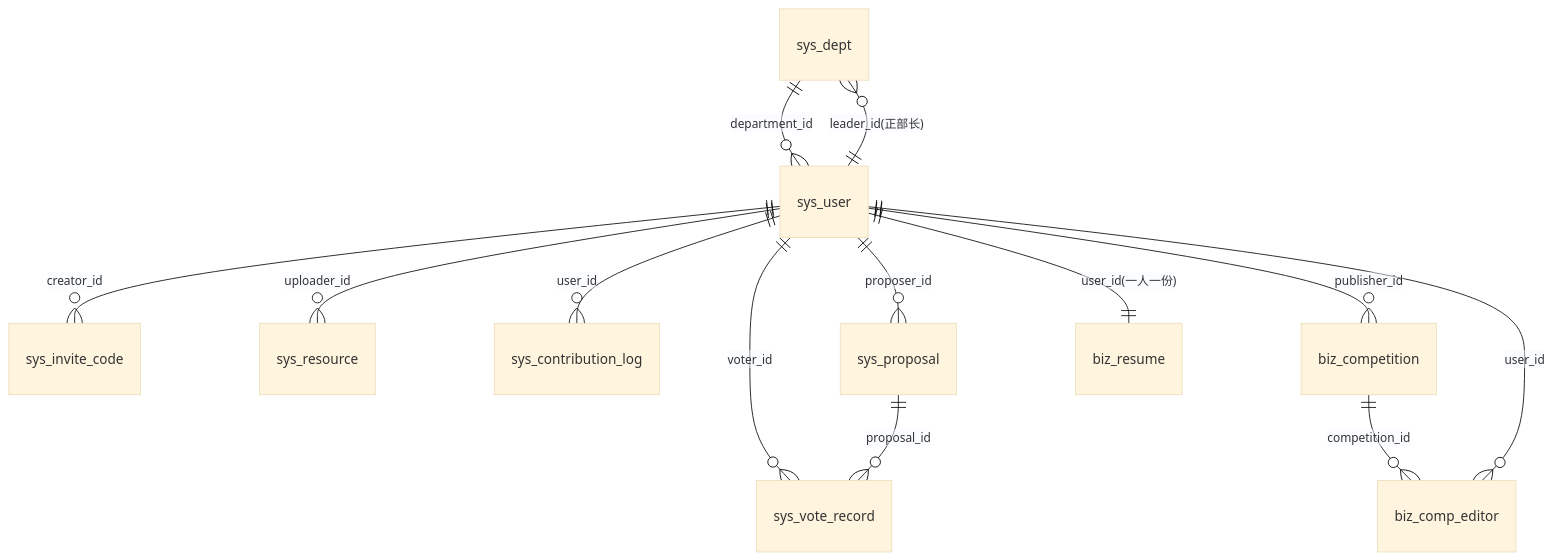
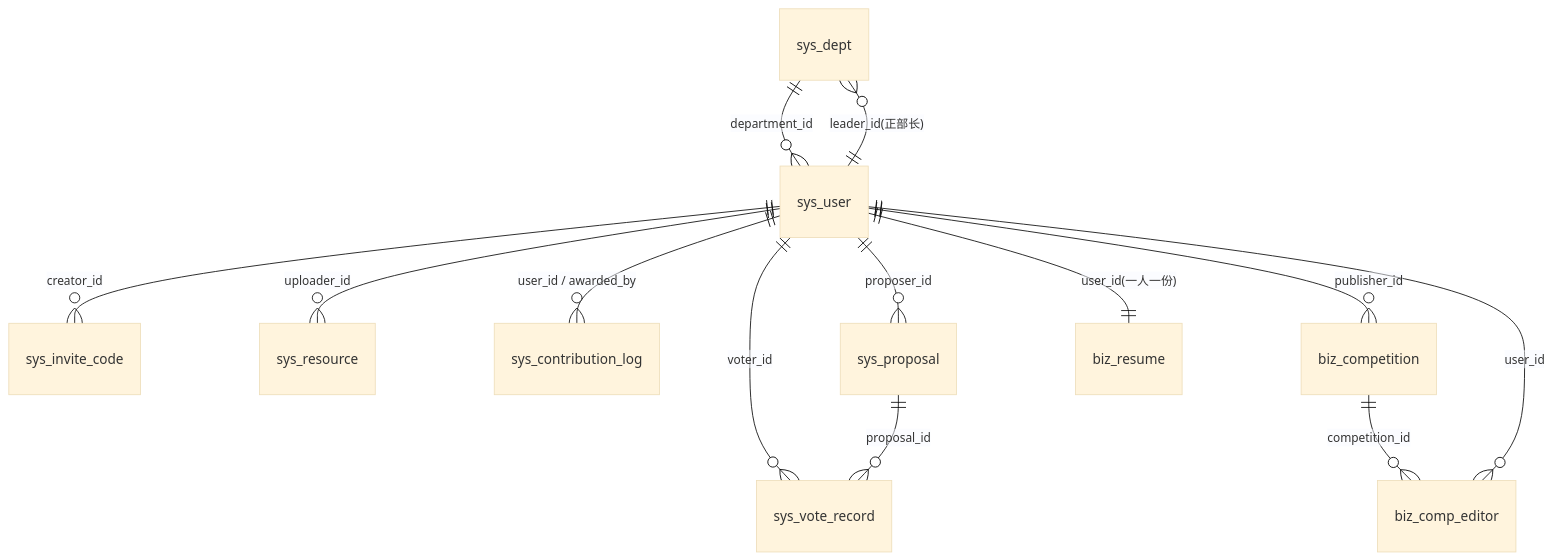
The diagram in docs/database.md (A1111-w/csa-official-platform), drawn with Mermaid (base theme) before and after one commit. The commit also changed other lines of this file and 5 other files, not shown here.

````diff
--- a/docs/database.md
+++ b/docs/database.md
@@ -46,15 +49,15 @@
 ```mermaid
 erDiagram
   sys_dept            ||--o{ sys_user             : "department_id"
   sys_user            ||--o{ sys_dept             : "leader_id(正部长)"
   sys_user            ||--o{ sys_invite_code      : "creator_id"
   sys_user            ||--o{ sys_resource         : "uploader_id"
-  sys_user            ||--o{ sys_contribution_log : "user_id"
+  sys_user            ||--o{ sys_contribution_log : "user_id / awarded_by"
   sys_user            ||--o{ sys_proposal         : "proposer_id"
   sys_user            ||--o{ sys_vote_record      : "voter_id"
   sys_proposal        ||--o{ sys_vote_record      : "proposal_id"
   sys_user            ||--o{ biz_competition      : "publisher_id"
   biz_competition     ||--o{ biz_comp_editor      : "competition_id"
   sys_user            ||--o{ biz_comp_editor      : "user_id"
   sys_user            ||--|| biz_resume           : "user_id(一人一份)"
 ```
````
